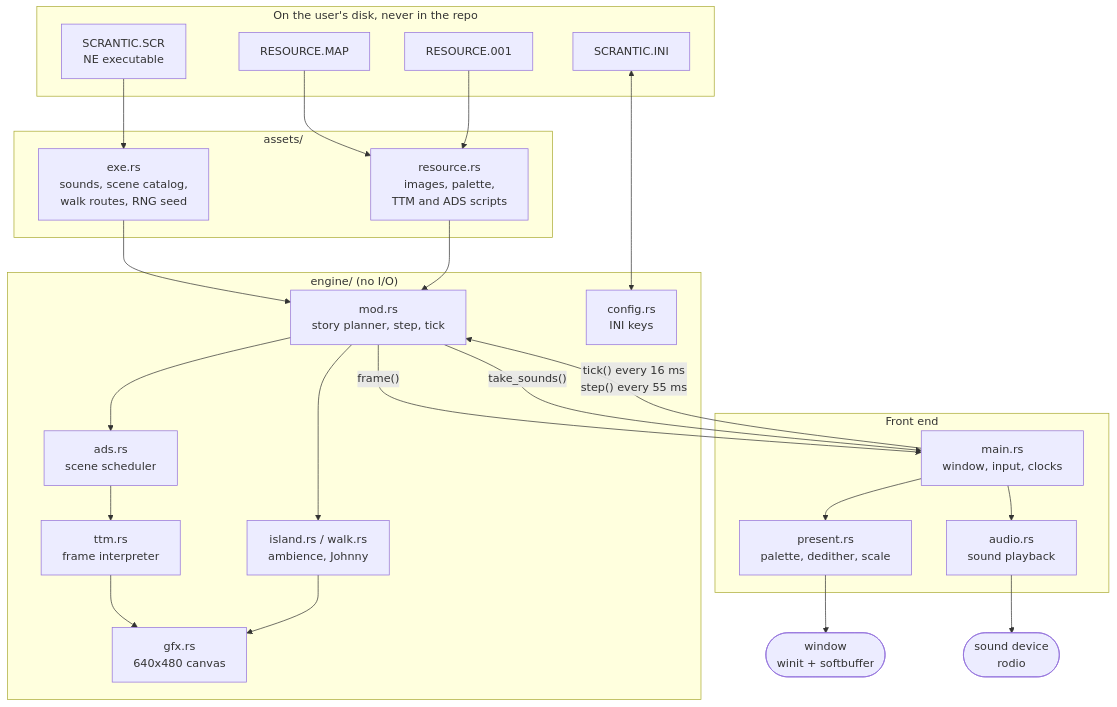
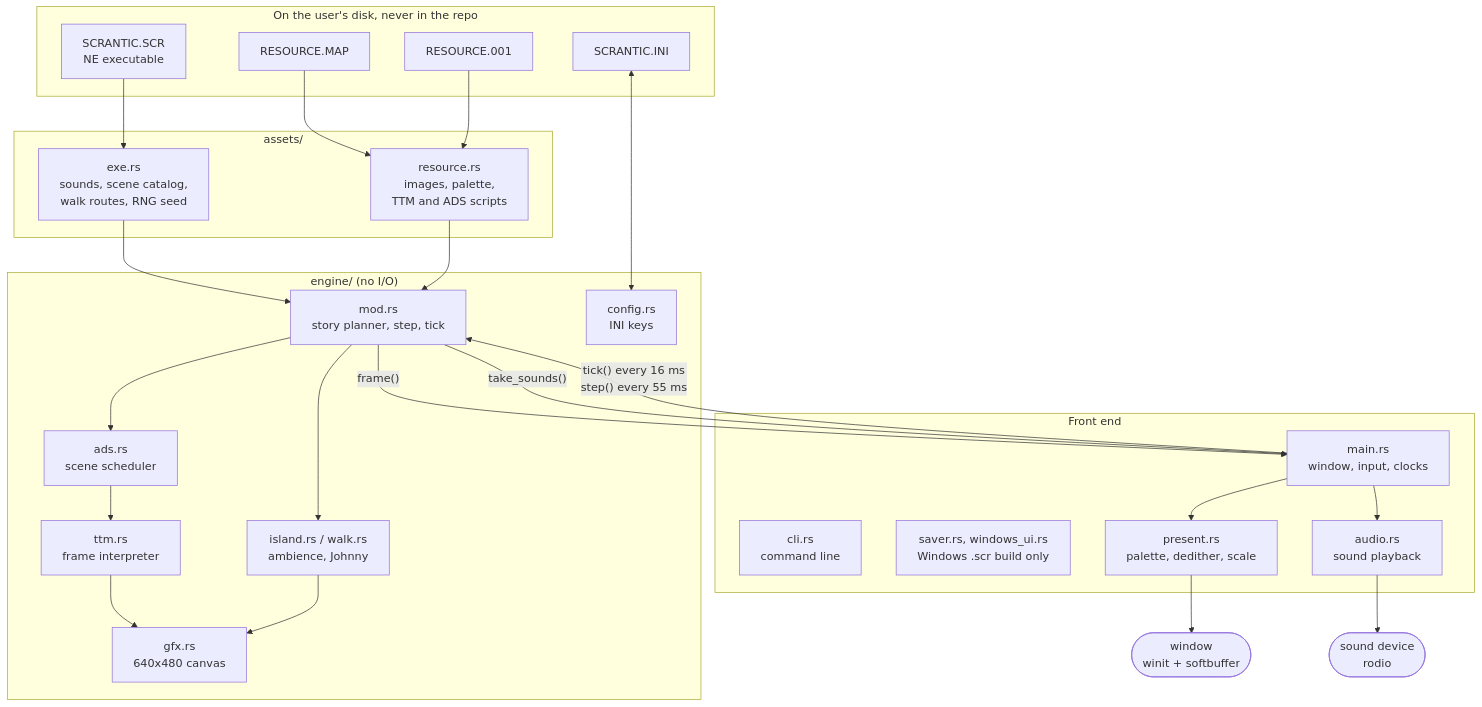
Before and after one commit to glauberlima/open-scrantic: the first of 13 diagrams in docs/DIAGRAMS.md, drawn with Mermaid. The commit also changed other lines of this file and 3 other files, not shown here.

First line of the commit message:
docs: document the Windows screensaver build

````diff
--- a/docs/DIAGRAMS.md
+++ b/docs/DIAGRAMS.md
@@ -27,42 +27,44 @@
 ```mermaid
 flowchart TB
     subgraph disk["On the user's disk, never in the repo"]
         scr["SCRANTIC.SCR<br/>NE executable"]
         map["RESOURCE.MAP"]
         res["RESOURCE.001"]
         ini["SCRANTIC.INI"]
     end
 
     subgraph assets["assets/"]
         exe["exe.rs<br/>sounds, scene catalog,<br/>walk routes, RNG seed"]
         resource["resource.rs<br/>images, palette,<br/>TTM and ADS scripts"]
     end
 
     subgraph engine["engine/ (no I/O)"]
         story["mod.rs<br/>story planner, step, tick"]
         ads["ads.rs<br/>scene scheduler"]
         ttm["ttm.rs<br/>frame interpreter"]
         island["island.rs / walk.rs<br/>ambience, Johnny"]
         gfx["gfx.rs<br/>640x480 canvas"]
         config["config.rs<br/>INI keys"]
     end
 
     subgraph front["Front end"]
         main["main.rs<br/>window, input, clocks"]
+        cli["cli.rs<br/>command line"]
+        saver["saver.rs, windows_ui.rs<br/>Windows .scr build only"]
         present["present.rs<br/>palette, dedither, scale"]
         audio["audio.rs<br/>sound playback"]
     end
 
     scr --> exe
     map --> resource
     res --> resource
     ini <--> config
     exe --> story
     resource --> story
     story --> ads --> ttm --> gfx
     story --> island --> gfx
     main -->|"tick() every 16 ms<br/>step() every 55 ms"| story
     story -->|"frame()"| main
     main --> present --> win(["window<br/>winit + softbuffer"])
     story -->|"take_sounds()"| main --> audio --> dev(["sound device<br/>rodio"])
 ```
````
